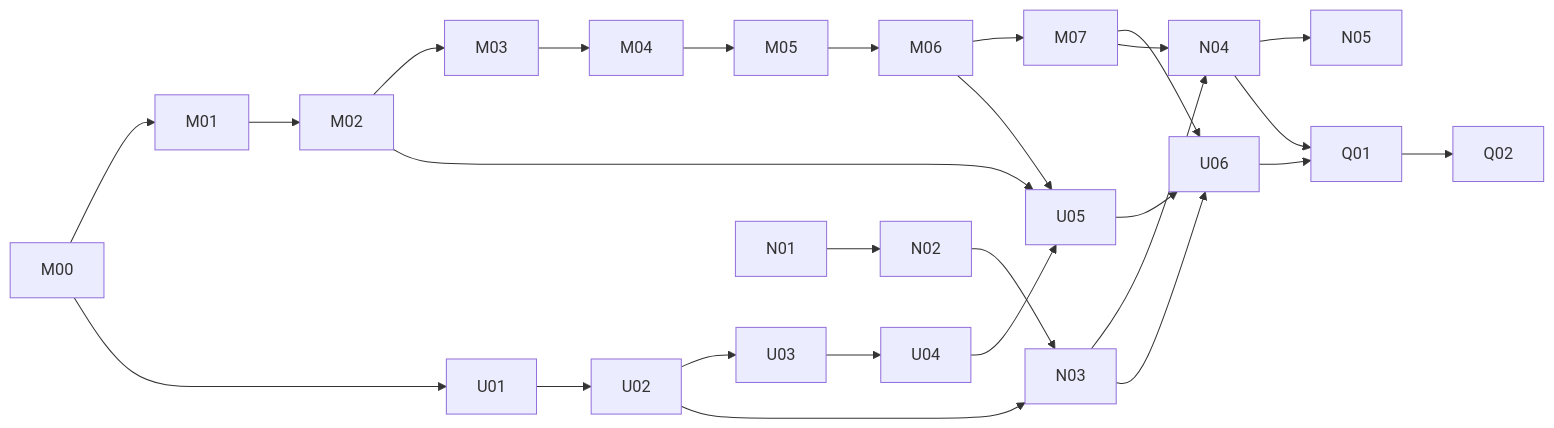
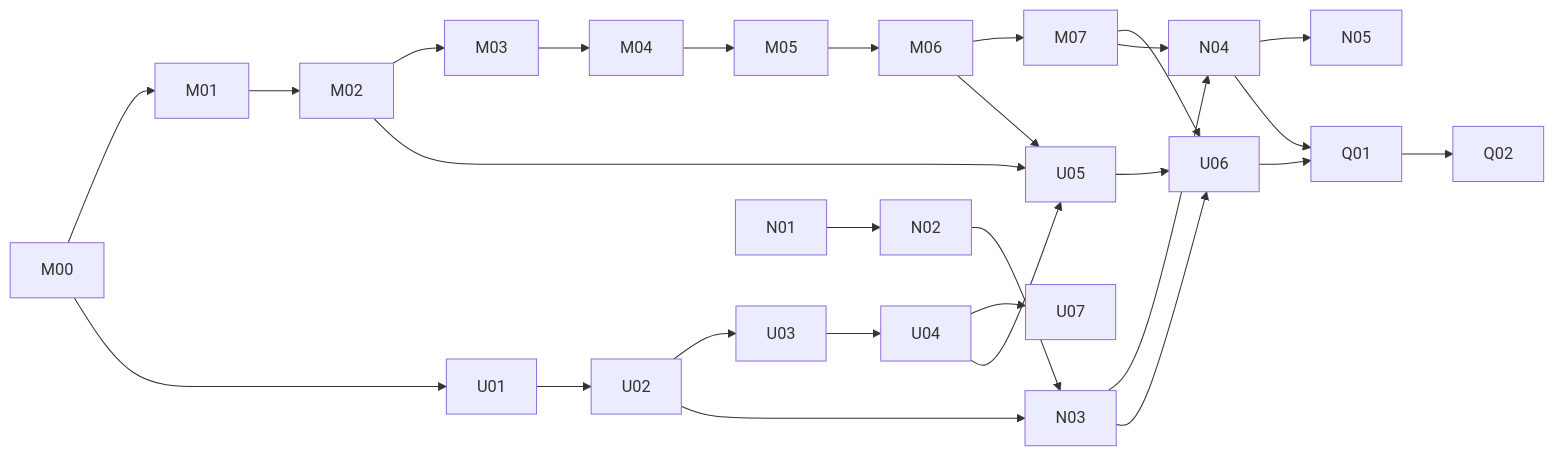
One commit to phamvuhoang/mekoniq changed the diagram in docs/superpowers/plans/2026-11-12-realistic-arm-web-ui/README.md. Above: the diagram before and after it, drawn with Mermaid. The commit also changed other lines of this file and 1 other file, not shown here.

````diff
--- a/docs/superpowers/plans/2026-11-12-realistic-arm-web-ui/README.md
+++ b/docs/superpowers/plans/2026-11-12-realistic-arm-web-ui/README.md
@@ -46,16 +46,16 @@
 ```mermaid
 flowchart LR
   M00 --> M01 --> M02 --> M03 --> M04 --> M05 --> M06 --> M07
-  M00 --> U01 --> U02 --> U03 --> U04
+  M00 --> U01 --> U02 --> U03 --> U04 --> U07
   N01 --> N02 --> N03 --> N04 --> N05
   M02 --> U05
   M06 --> U05
   U04 --> U05
   U02 --> N03
   N03 --> U06
   M07 --> U06
   U05 --> U06
   M07 --> N04
   U06 --> Q01
   N04 --> Q01 --> Q02
 ```
````
